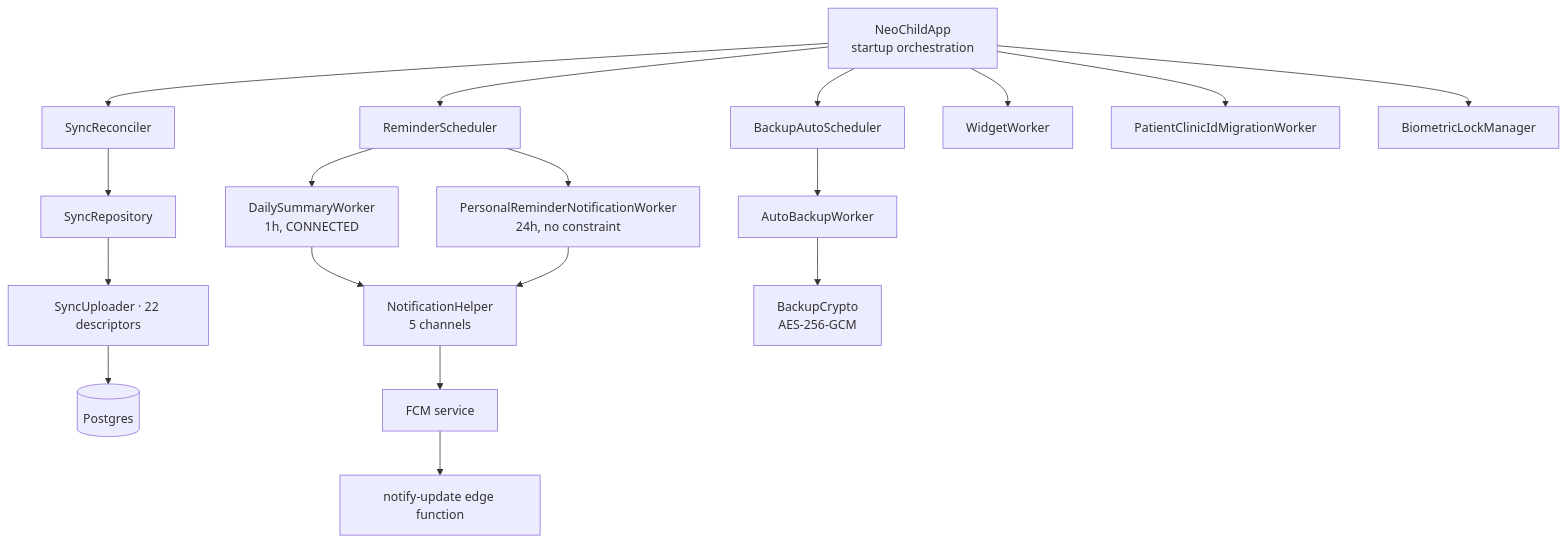
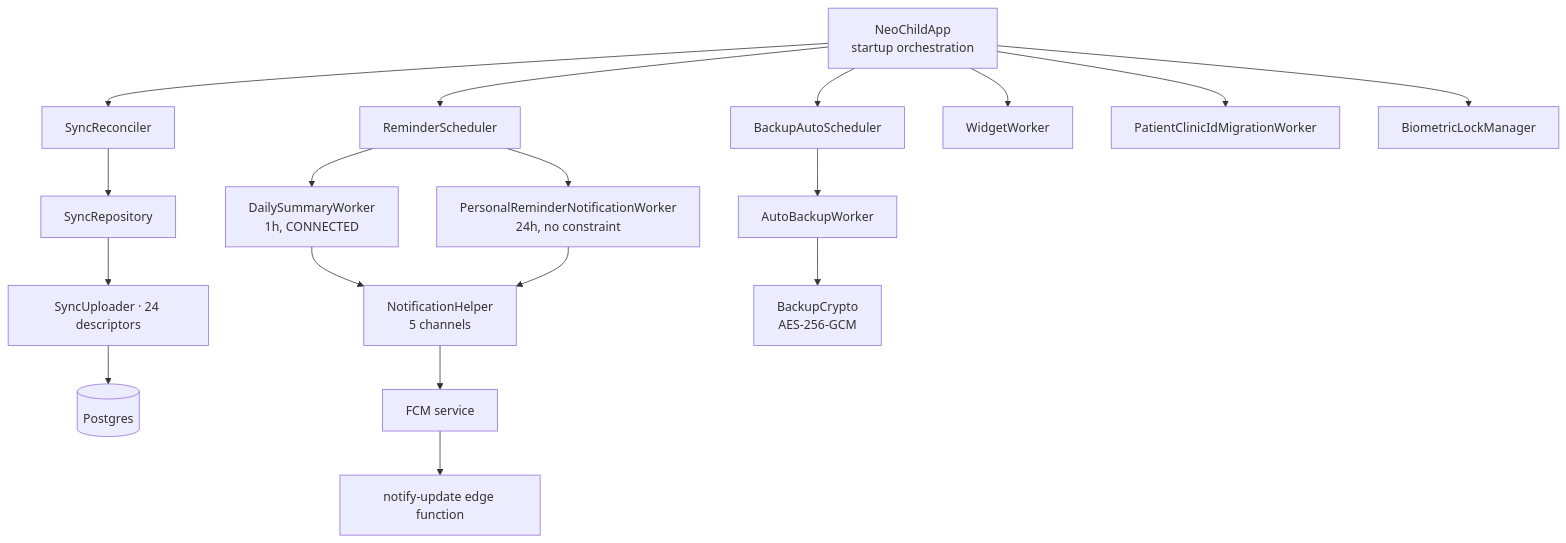
Before and after one commit to CyferBoy/Neo_Child_Clinic: the third of 3 diagrams in docs/Knowledge_Base/Architecture Map.md, drawn with Mermaid. The commit also changed other lines of this file and 86 other files, not shown here.

````diff
--- a/docs/Knowledge_Base/Architecture Map.md
+++ b/docs/Knowledge_Base/Architecture Map.md
@@ -151,23 +157,23 @@
 ```mermaid
 graph TB
     APP["NeoChildApp<br/>startup orchestration"] --> SYNC["SyncReconciler"]
     APP --> SCHED["ReminderScheduler"]
     APP --> BKUP["BackupAutoScheduler"]
     APP --> WGT["WidgetWorker"]
     APP --> MIG["PatientClinicIdMigrationWorker"]
     APP --> LOCK["BiometricLockManager"]
 
     SYNC --> REPO["SyncRepository"]
-    REPO --> UPL["SyncUploader · 22 descriptors"]
+    REPO --> UPL["SyncUploader · 24 descriptors"]
     UPL --> PG[("Postgres")]
 
     SCHED --> DSW["DailySummaryWorker<br/>1h, CONNECTED"]
     SCHED --> PRW["PersonalReminderNotificationWorker<br/>24h, no constraint"]
     DSW --> NOTIF["NotificationHelper<br/>5 channels"]
     PRW --> NOTIF
     NOTIF --> FCM["FCM service"]
     FCM --> EDGE["notify-update edge function"]
 
     BKUP --> ABW["AutoBackupWorker"]
     ABW --> CRYPTO["BackupCrypto<br/>AES-256-GCM"]
 ```
````
